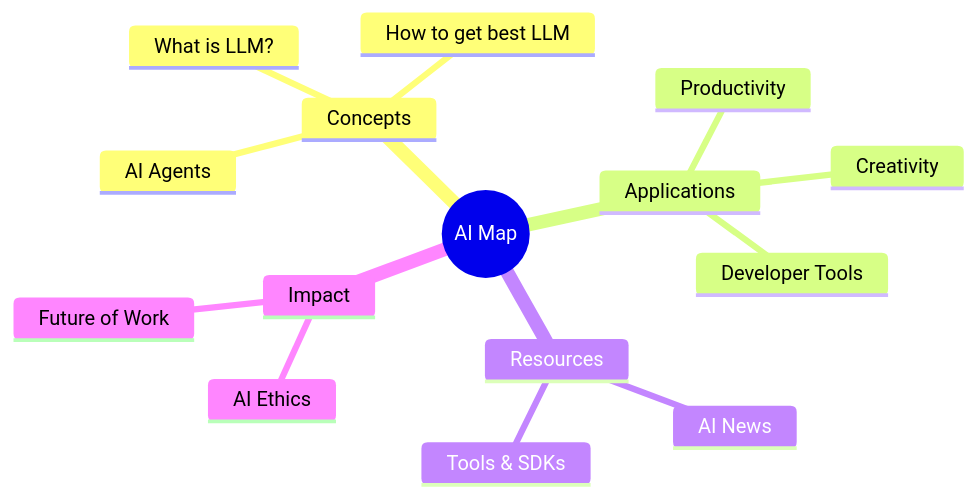
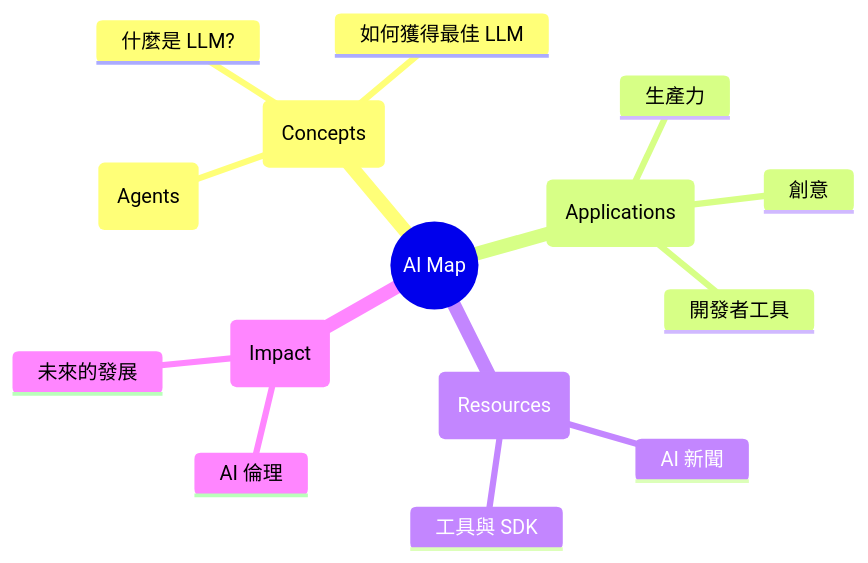
One commit to ultima6-tw/ai-map changed the diagram in docs/zh/index.md. Above: the diagram before and after it, drawn with Mermaid. The commit also changed other lines of this file and 1 other file, not shown here.

Commit message:
docs: translate zh index, update root index, and fix internal links

````diff
--- a/docs/zh/index.md
+++ b/docs/zh/index.md
@@ -7,18 +7,18 @@
 ```mermaid
 mindmap
   root((AI Map))
-    Concepts
-      What is LLM?
-      How to get best LLM
-      AI Agents
-    Applications
-      Productivity
-      Creativity
-      Developer Tools
-    Resources
-      AI News
-      Tools & SDKs
-    Impact
-      AI Ethics
-      Future of Work
+    概念 (Concepts)
+      什麼是 LLM?
+      如何獲得最佳 LLM
+      AI 代理 (Agents)
+    應用 (Applications)
+      生產力
+      創意
+      開發者工具
+    資源 (Resources)
+      AI 新聞
+      工具與 SDK
+    影響 (Impact)
+      AI 倫理
+      未來的發展
 ```
````
